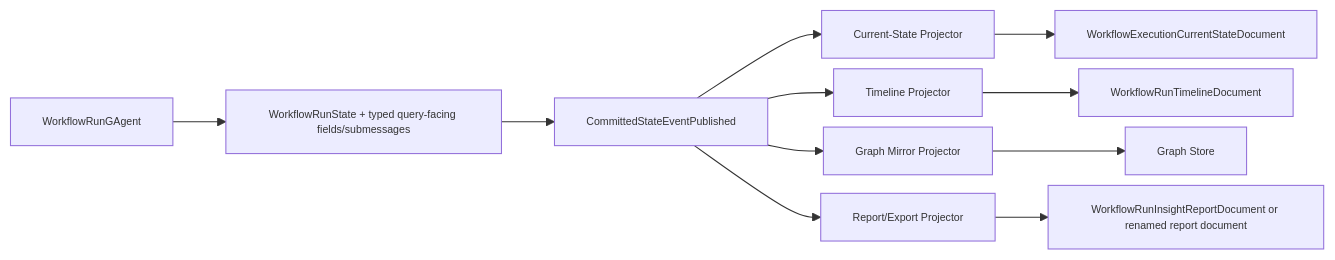
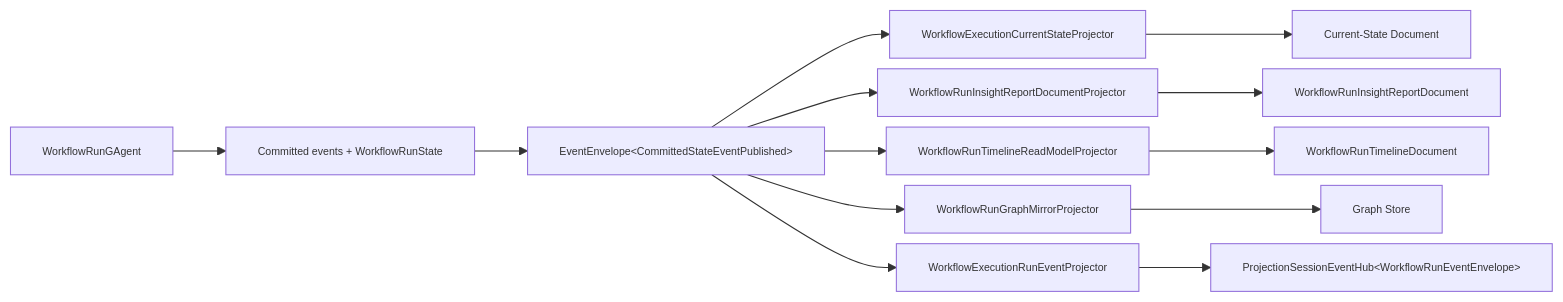
One commit to aevatarAI/aevatar changed the diagram in docs/architecture/2026-03-16-workflow-fact-sources-event-and-projection-refactor.md. Above: the diagram before and after it, drawn with Mermaid. The commit also changed other lines of this file and 201 other files, not shown here.

First line of the commit message:
Refactor Workflow Projection Context and Generic Constraints

````diff
--- a/docs/architecture/2026-03-16-workflow-fact-sources-event-and-projection-refactor.md
+++ b/docs/architecture/2026-03-16-workflow-fact-sources-event-and-projection-refactor.md
@@ -463,26 +49,26 @@
 ```mermaid
 %%{init: {"maxTextSize": 100000, "flowchart": {"useMaxWidth": false, "nodeSpacing": 10, "rankSpacing": 50}, "themeVariables": {"fontSize": "10px"}}}%%
 flowchart LR
   RUN["WorkflowRunGAgent"]
-  STATE["WorkflowRunState + typed query-facing fields/submessages"]
-  OBS["CommittedStateEventPublished<WorkflowRunState>"]
-  CURP["Current-State Projector"]
-  TLP["Timeline Projector"]
-  GP["Graph Mirror Projector"]
-  REPP["Report/Export Projector"]
-  CUR["WorkflowExecutionCurrentStateDocument"]
-  TL["WorkflowRunTimelineDocument"]
+  STORE["Committed events + WorkflowRunState"]
+  OBS["EventEnvelope&lt;CommittedStateEventPublished&gt;"]
+
+  CUR["WorkflowExecutionCurrentStateProjector"]
+  REP["WorkflowRunInsightReportDocumentProjector"]
+  TL["WorkflowRunTimelineReadModelProjector"]
+  GRA["WorkflowRunGraphMirrorProjector"]
+  AGUI["WorkflowExecutionRunEventProjector"]
+
+  CURDOC["Current-State Document"]
+  REPDOC["WorkflowRunInsightReportDocument"]
+  TLDOC["WorkflowRunTimelineDocument"]
   GRAPH["Graph Store"]
-  REP["WorkflowRunInsightReportDocument or renamed report document"]
+  HUB["ProjectionSessionEventHub&lt;WorkflowRunEventEnvelope&gt;"]
 
-  RUN --> STATE
-  STATE --> OBS
-  OBS --> CURP
-  OBS --> TLP
-  OBS --> GP
-  OBS --> REPP
-  CURP --> CUR
-  TLP --> TL
-  GP --> GRAPH
-  REPP --> REP
+  RUN --> STORE --> OBS
+  OBS --> CUR --> CURDOC
+  OBS --> REP --> REPDOC
+  OBS --> TL --> TLDOC
+  OBS --> GRA --> GRAPH
+  OBS --> AGUI --> HUB
 ```
````
